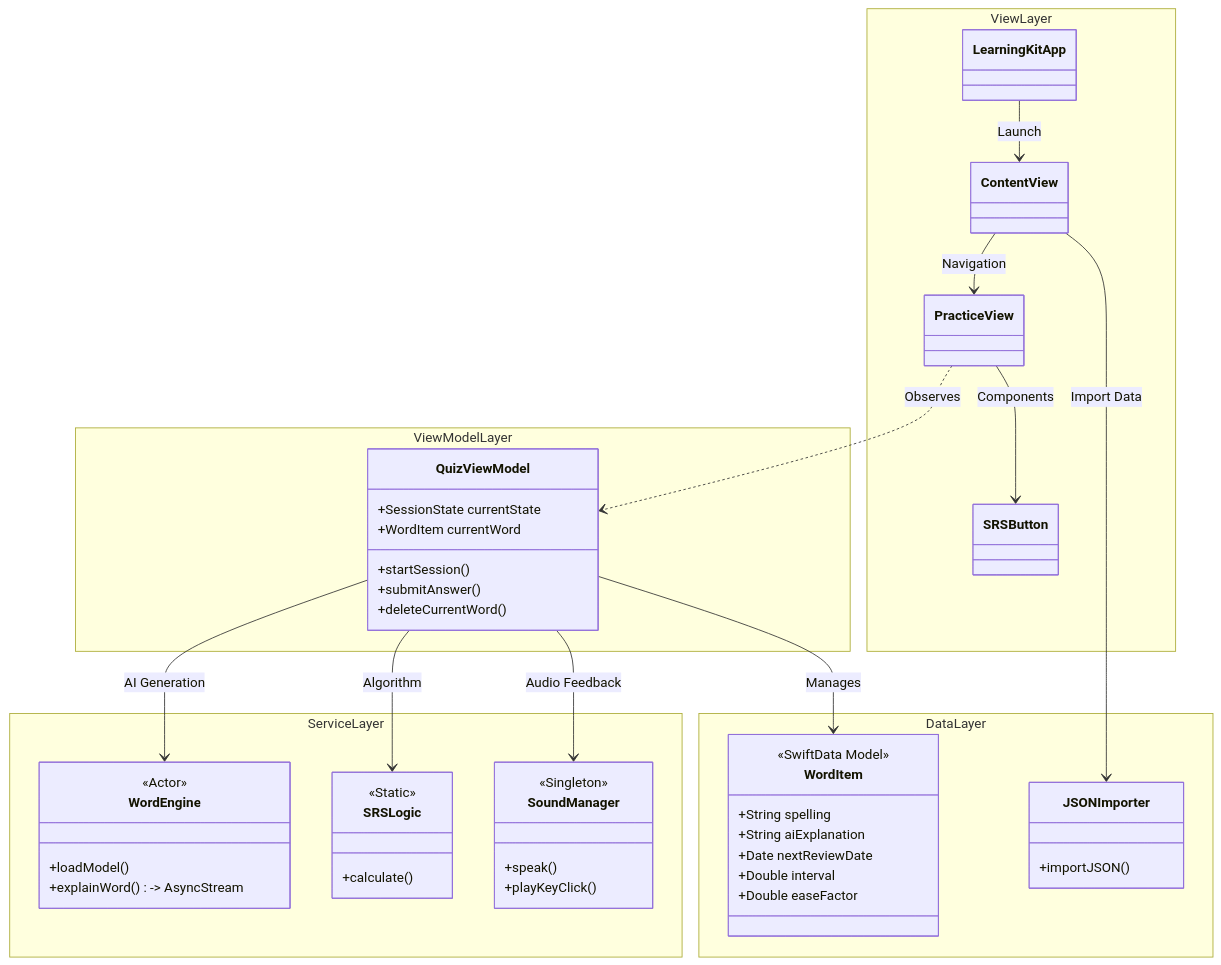
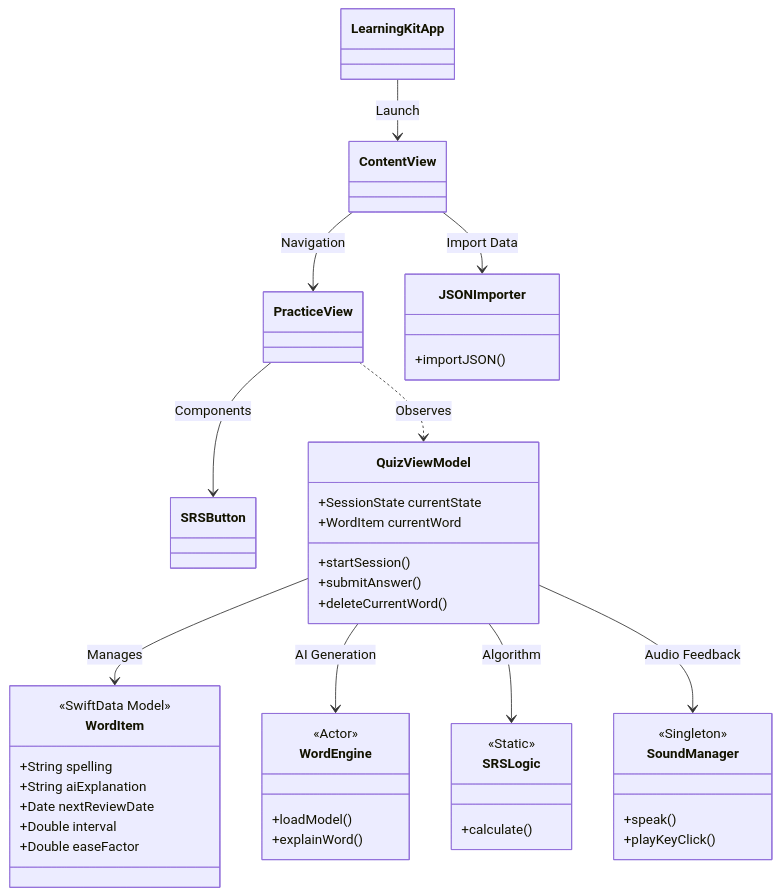
One commit to LieonShelly/LearningKit-macOS changed the first of 3 diagrams in README.md. Above: the diagram before and after it, drawn with Mermaid. The commit also changed other lines of this file and 1 other file, not shown here.

````diff
--- a/README.md
+++ b/README.md
@@ -46,69 +46,61 @@
 ```mermaid
 classDiagram
     direction TB
 
-    %% UI Layer
-    namespace ViewLayer {
-        class LearningKitApp
-        class ContentView
-        class PracticeView
-        class SRSButton
+    %% --- View Layer ---
+    class LearningKitApp
+    class ContentView
+    class PracticeView
+    class SRSButton
+
+    %% --- ViewModel Layer ---
+    class QuizViewModel {
+        +SessionState currentState
+        +WordItem currentWord
+        +startSession()
+        +submitAnswer()
+        +deleteCurrentWord()
     }
 
-    %% ViewModel Layer
-    namespace ViewModelLayer {
-        class QuizViewModel {
-            +SessionState currentState
-            +WordItem currentWord
-            +startSession()
-            +submitAnswer()
-            +deleteCurrentWord()
-        }
+    %% --- Data Layer ---
+    class WordItem {
+        <<SwiftData Model>>
+        +String spelling
+        +String aiExplanation
+        +Date nextReviewDate
+        +Double interval
+        +Double easeFactor
+    }
+    class JSONImporter {
+        +importJSON()
     }
 
-    %% Data Layer
-    namespace DataLayer {
-        class WordItem {
-            <<SwiftData Model>>
-            +String spelling
-            +String aiExplanation
-            +Date nextReviewDate
-            +Double interval
-            +Double easeFactor
-        }
-        class JSONImporter {
-            +importJSON()
-        }
+    %% --- Service Layer ---
+    class WordEngine {
+        <<Actor>>
+        +loadModel()
+        +explainWord()
+    }
+    class SRSLogic {
+        <<Static>>
+        +calculate()
+    }
+    class SoundManager {
+        <<Singleton>>
+        +speak()
+        +playKeyClick()
     }
 
-    %% Service Layer
-    namespace ServiceLayer {
-        class WordEngine {
-            <<Actor>>
-            +loadModel()
-            +explainWord() -> AsyncStream
-        }
-        class SRSLogic {
-            <<Static>>
-            +calculate()
-        }
-        class SoundManager {
-            <<Singleton>>
-            +speak()
-            +playKeyClick()
-        }
-    }
-
-    %% Relationships
+    %% --- Relationships ---
     LearningKitApp --> ContentView : Launch
     ContentView --> JSONImporter : Import Data
     ContentView --> PracticeView : Navigation
     
     PracticeView ..> QuizViewModel : Observes
     PracticeView --> SRSButton : Components
     
     QuizViewModel --> WordItem : Manages
     QuizViewModel --> WordEngine : AI Generation
     QuizViewModel --> SRSLogic : Algorithm
     QuizViewModel --> SoundManager : Audio Feedback
 ```
````
